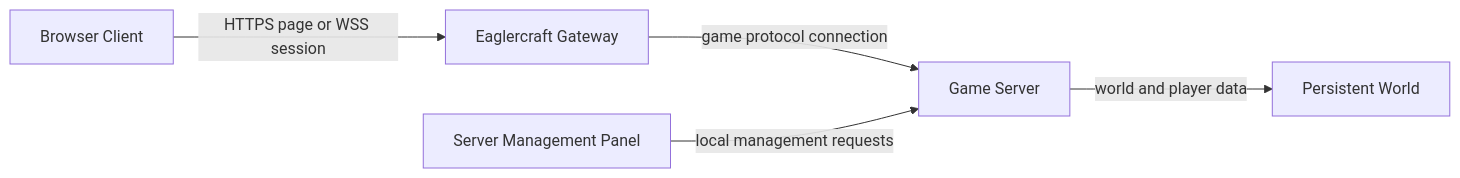
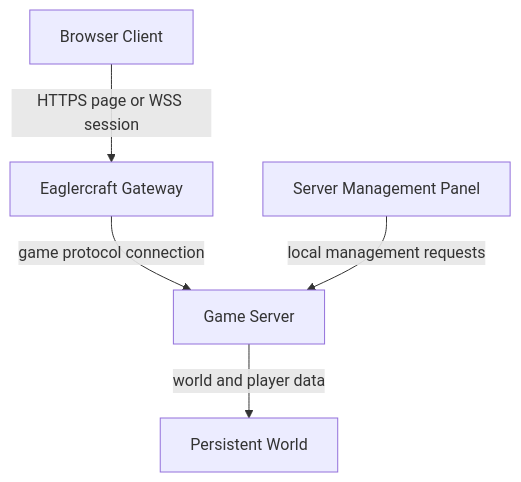
One commit to labring/sealos.io changed the diagram in content/blog/(app-deployment)/eaglercraft-client-server-gateway/index.en.mdx. Above: the diagram before and after it, drawn with Mermaid. The commit also changed other lines of this file and 3 other files, not shown here.

Commit message:
docs: correct Eaglercraft architecture and verify exported article

````diff
--- a/content/blog/(app-deployment)/eaglercraft-client-server-gateway/index.en.mdx
+++ b/content/blog/(app-deployment)/eaglercraft-client-server-gateway/index.en.mdx
@@ -32,7 +32,9 @@
 ```mermaid
-flowchart LR
+flowchart TD
+    accTitle: Eaglercraft connection and storage architecture
+    accDescr: Browser Client connects through the Eaglercraft Gateway to the Game Server, which saves the Persistent World. The Server Management Panel sends operator commands.
     B[Browser Client] -->|HTTPS page or WSS session| G[Eaglercraft Gateway]
     G -->|game protocol connection| S[Game Server]
     S -->|world and player data| W[Persistent World]
     P[Server Management Panel] -->|local management requests| S
 ```
````
